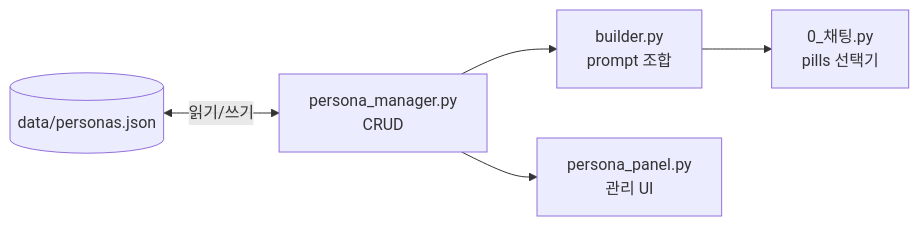
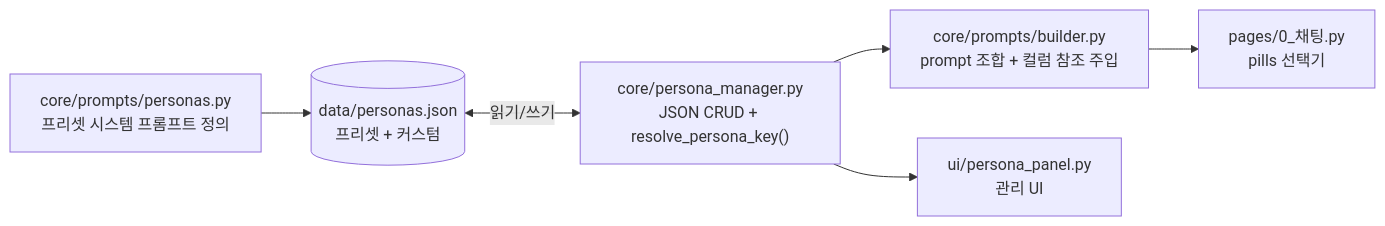
The seventh of 8 diagrams in README.md (sayoon01/excel-ai-agent), drawn with Mermaid before and after one commit. The commit also changed other lines of this file, not shown here.

````diff
--- a/README.md
+++ b/README.md
@@ -451,13 +474,14 @@
 ```mermaid
 flowchart LR
-    J[("data/personas.json")]
-    PM2["persona_manager.py\nCRUD"]
-    BD2["builder.py\nprompt 조합"]
-    PP2["persona_panel.py\n관리 UI"]
-    CH2["0_채팅.py\npills 선택기"]
+    PR["core/prompts/personas.py\n프리셋 시스템 프롬프트 정의"]
+    J[("data/personas.json\n프리셋 + 커스텀")]
+    PM2["core/persona_manager.py\nJSON CRUD + resolve_persona_key()"]
+    BD2["core/prompts/builder.py\nprompt 조합 + 컬럼 참조 주입"]
+    PP2["ui/persona_panel.py\n관리 UI"]
+    CH2["pages/0_채팅.py\npills 선택기"]
 
+    PR --> J
     J <-->|읽기/쓰기| PM2
-    PM2 --> BD2
-    PM2 --> PP2
+    PM2 --> BD2 & PP2
     BD2 --> CH2
 ```
````
